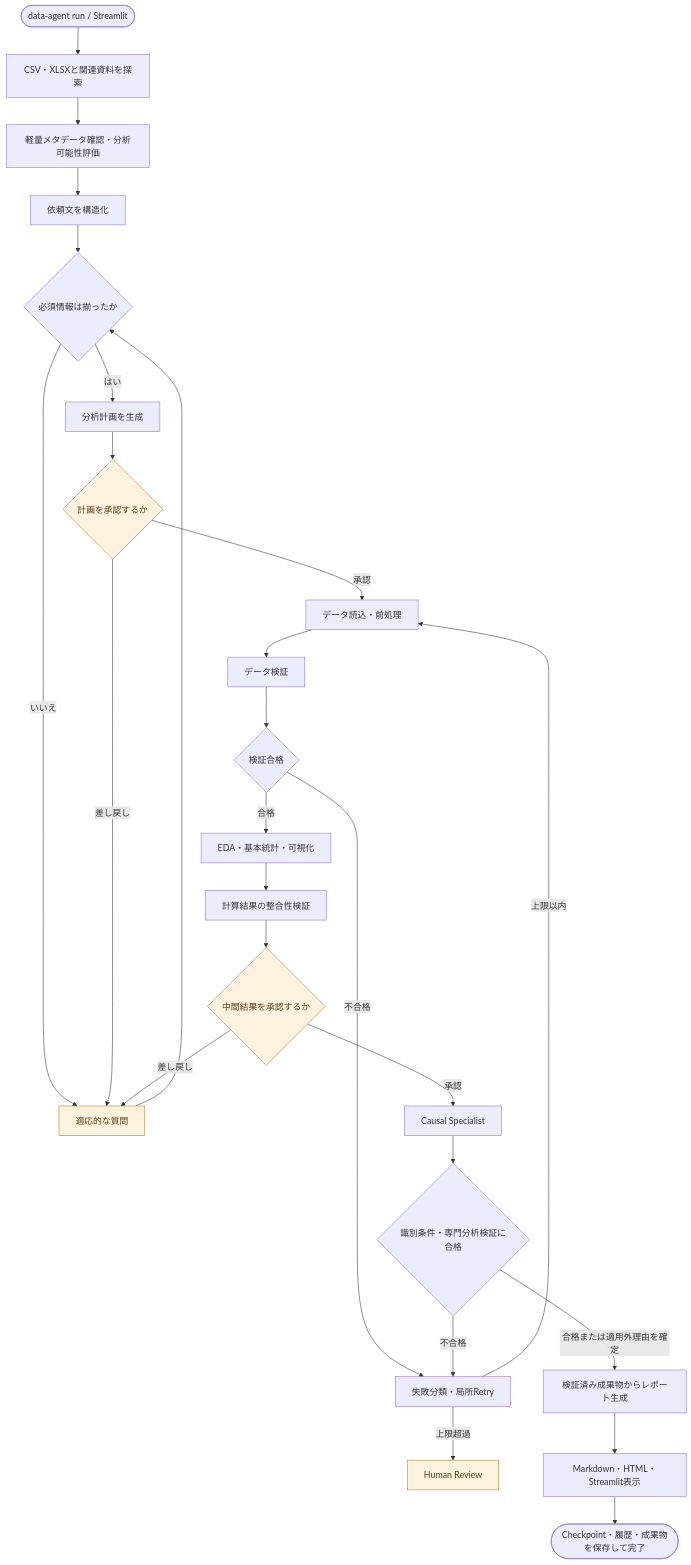
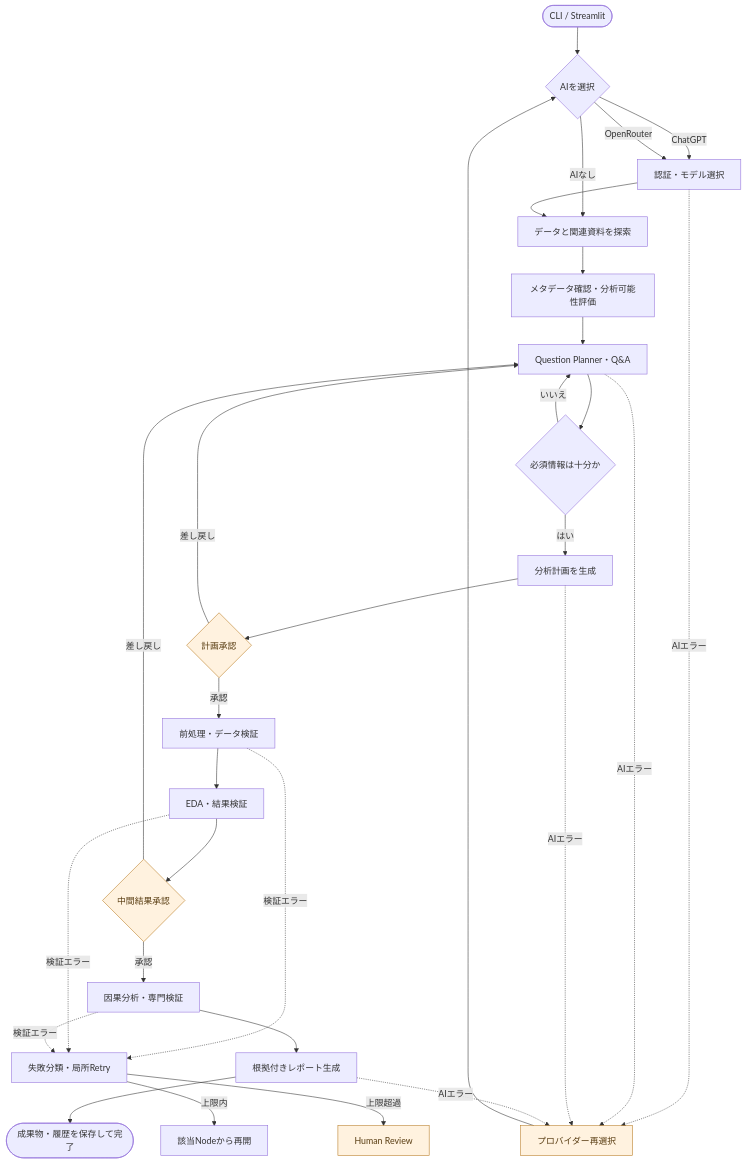
One commit to Tsuyo314/Adaptive_data_analysis_agent changed the diagram in README.md. Above: the diagram before and after it, drawn with Mermaid. The commit also changed other lines of this file and 24 other files, not shown here.

````diff
--- a/README.md
+++ b/README.md
@@ -7,31 +7,37 @@
 ```mermaid
 flowchart TB
-    A([data-agent run / Streamlit]) --> B[CSV・XLSXと関連資料を探索]
-    B --> C[軽量メタデータ確認・分析可能性評価]
-    C --> D[依頼文を構造化]
-    D --> E{必須情報は揃ったか}
-    E -->|いいえ| F[適応的な質問]
-    F --> E
-    E -->|はい| G[分析計画を生成]
-    G --> H{計画を承認するか}
-    H -->|差し戻し| F
-    H -->|承認| I[データ読込・前処理]
-    I --> J[データ検証]
-    J --> K{検証合格}
-    K -->|不合格| R[失敗分類・局所Retry]
-    R -->|上限以内| I
+    A([CLI / Streamlit]) --> B{AIを選択}
+    B -->|ChatGPT| C[認証・モデル選択]
+    B -->|OpenRouter| C
+    B -->|AIなし| D[データと関連資料を探索]
+    C --> D
+    D --> E[メタデータ確認・分析可能性評価]
+    E --> F[Question Planner・Q&A]
+    F --> G{必須情報は十分か}
+    G -->|いいえ| F
+    G -->|はい| H[分析計画を生成]
+    H --> I{計画承認}
+    I -->|差し戻し| F
+    I -->|承認| J[前処理・データ検証]
+    J --> K[EDA・結果検証]
+    K --> L{中間結果承認}
+    L -->|差し戻し| F
+    L -->|承認| M[因果分析・専門検証]
+    M --> N[根拠付きレポート生成]
+    N --> O([成果物・履歴を保存して完了])
+
+    J -. 検証エラー .-> R[失敗分類・局所Retry]
+    K -. 検証エラー .-> R
+    M -. 検証エラー .-> R
+    R -->|上限内| V[該当Nodeから再開]
     R -->|上限超過| X[Human Review]
-    K -->|合格| L[EDA・基本統計・可視化]
-    L --> M[計算結果の整合性検証]
-    M --> N{中間結果を承認するか}
-    N -->|差し戻し| F
-    N -->|承認| O[Causal Specialist]
-    O --> P{識別条件・専門分析検証に合格}
-    P -->|不合格| R
-    P -->|合格または適用外理由を確定| Q[検証済み成果物からレポート生成]
-    Q --> S[Markdown・HTML・Streamlit表示]
-    S --> T([Checkpoint・履歴・成果物を保存して完了])
+
+    C -. AIエラー .-> U[プロバイダー再選択]
+    F -. AIエラー .-> U
+    H -. AIエラー .-> U
+    N -. AIエラー .-> U
+    U --> B
 
     classDef human fill:#fff2df,stroke:#b7791f,color:#593d12
-    class F,H,N,X human
+    class I,L,X,U human
 ```
````
